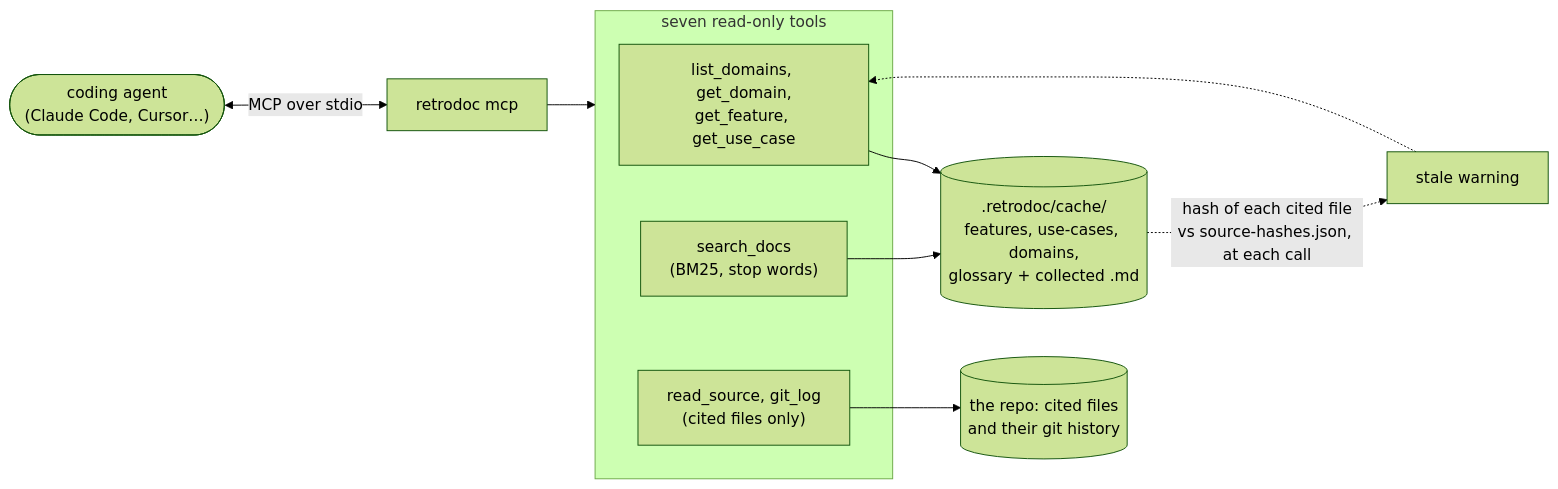
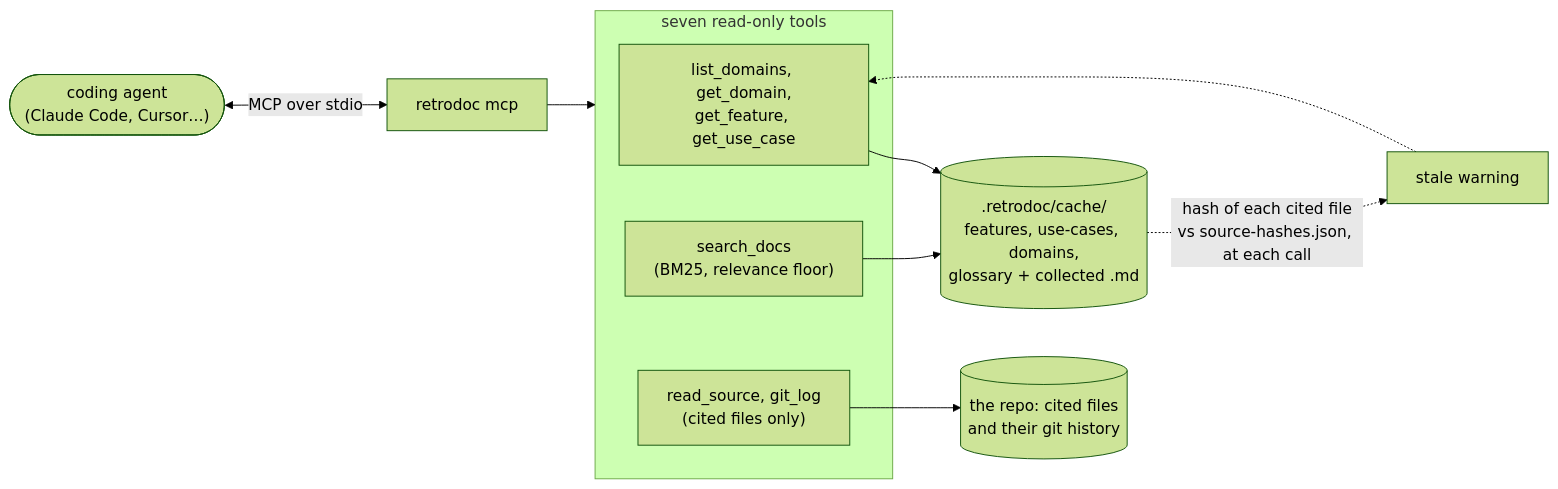
Before and after one commit to Electron-libre/RetroDoc: the ninth of 9 diagrams in docs/ARCHITECTURE.md, drawn with Mermaid (forest theme). The commit also changed 10 other files, not shown here.

First line of the commit message:
fix(mcp): name the unknown words in the not-documented search answer

````diff
--- a/docs/ARCHITECTURE.md
+++ b/docs/ARCHITECTURE.md
@@ -297,15 +297,15 @@
 ```mermaid
 flowchart LR
     agent(["coding agent<br/>(Claude Code, Cursor…)"]) <-->|"MCP over stdio"| srv["retrodoc mcp"]
     subgraph tools["seven read-only tools"]
         nav["list_domains, get_domain,<br/>get_feature, get_use_case"]
-        srch["search_docs<br/>(BM25, stop words)"]
+        srch["search_docs<br/>(BM25, relevance floor)"]
         code["read_source, git_log<br/>(cited files only)"]
     end
     srv --> tools
     nav --> art[(".retrodoc/cache/<br/>features, use-cases, domains,<br/>glossary + collected .md")]
     srch --> art
     code --> repo[("the repo: cited files<br/>and their git history")]
     art -.->|"hash of each cited file<br/>vs source-hashes.json, at each call"| fresh["stale warning"]
     fresh -.-> nav
 ```
````
